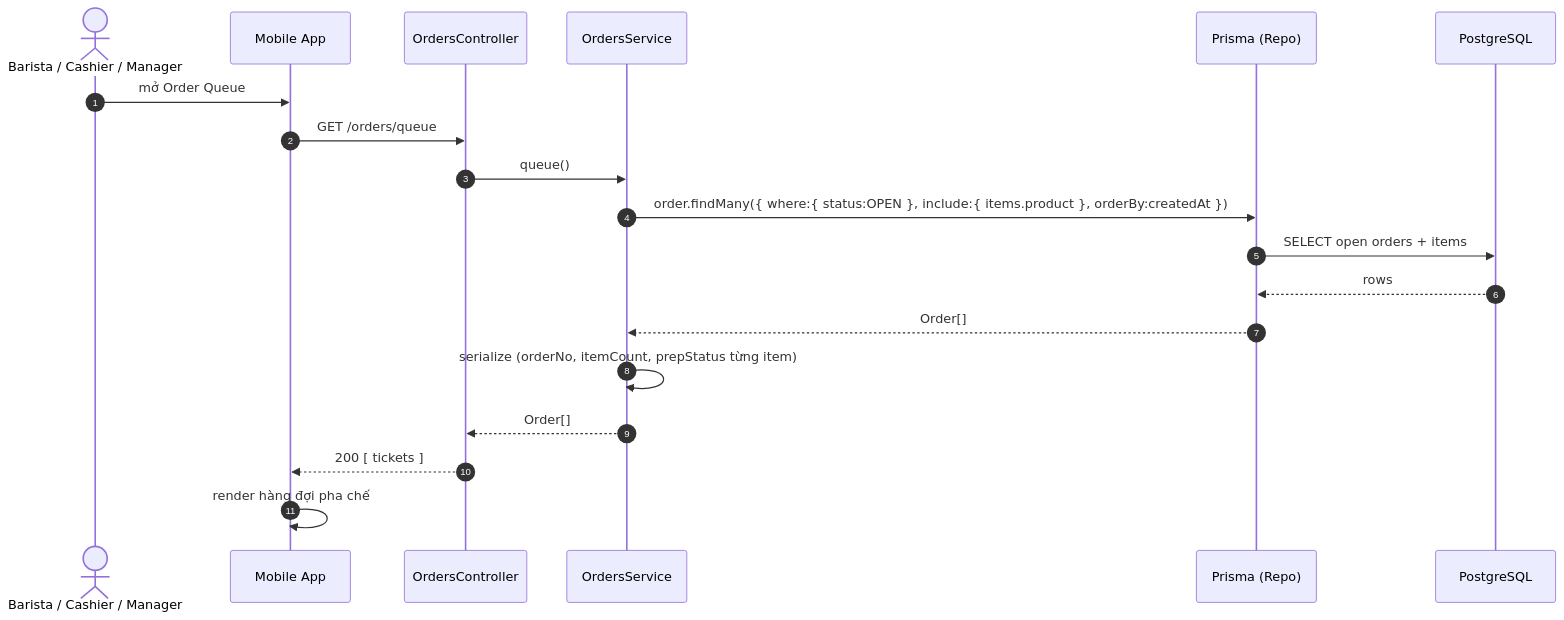
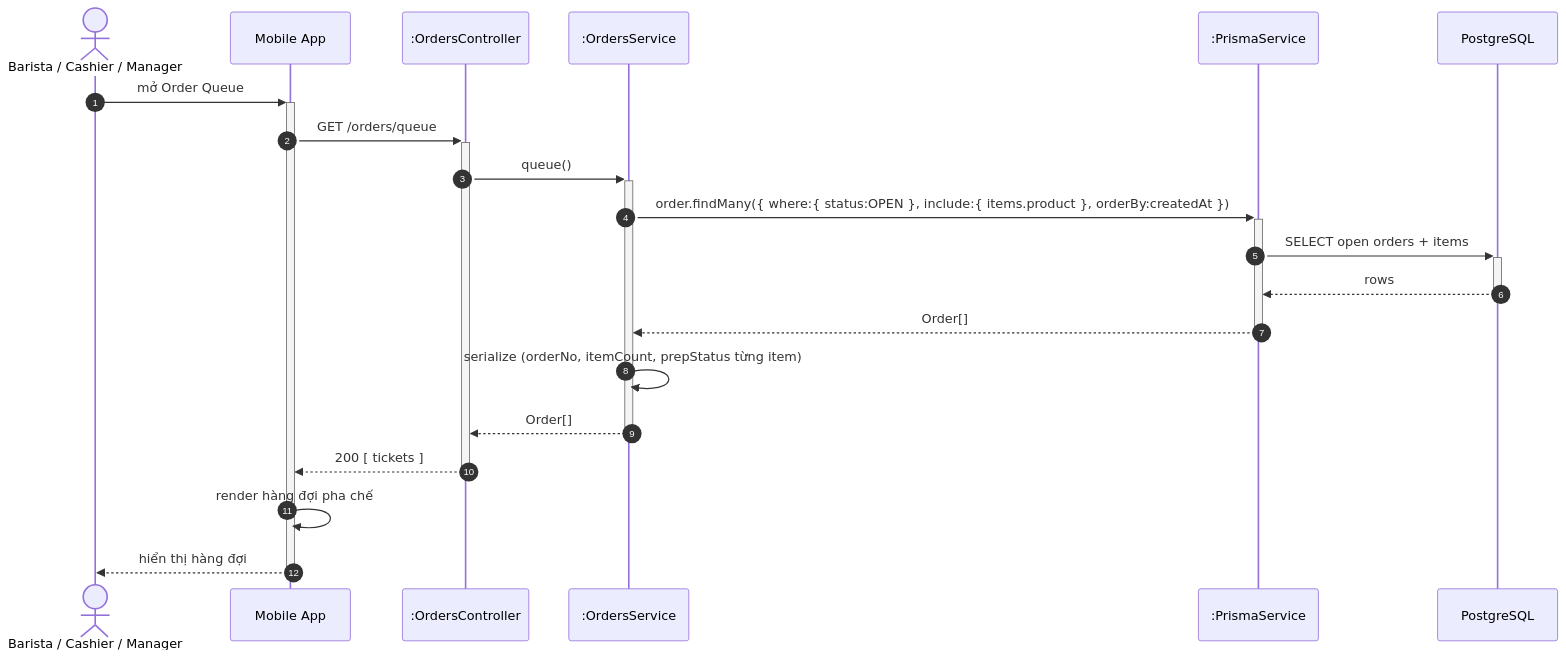
Before and after one commit to callmehai/Cafe-Shop-Management-System: the seventh of 16 diagrams in docs/sequence-diagrams.md, drawn with Mermaid. The commit also changed other lines of this file and 1 other file, not shown here.

Commit message:
docs: add sequence and class diagrams for system architecture and use case implementation

````diff
--- a/docs/sequence-diagrams.md
+++ b/docs/sequence-diagrams.md
@@ -362,22 +371,23 @@
 ```mermaid
 sequenceDiagram
     autonumber
     actor B as Barista / Cashier / Manager
     participant App as Mobile App
-    participant API as OrdersController
-    participant SVC as OrdersService
-    participant ORM as Prisma (Repo)
+    participant API as :OrdersController
+    participant SVC as :OrdersService
+    participant ORM as :PrismaService
     participant DB as PostgreSQL
 
-    B->>App: mở Order Queue
-    App->>API: GET /orders/queue
-    API->>SVC: queue()
-    SVC->>ORM: order.findMany({ where:{ status:OPEN }, include:{ items.product }, orderBy:createdAt })
-    ORM->>DB: SELECT open orders + items
-    DB-->>ORM: rows
-    ORM-->>SVC: Order[]
+    B->>+App: mở Order Queue
+    App->>+API: GET /orders/queue
+    API->>+SVC: queue()
+    SVC->>+ORM: order.findMany({ where:{ status:OPEN }, include:{ items.product }, orderBy:createdAt })
+    ORM->>+DB: SELECT open orders + items
+    DB-->>-ORM: rows
+    ORM-->>-SVC: Order[]
     SVC->>SVC: serialize (orderNo, itemCount, prepStatus từng item)
-    SVC-->>API: Order[]
-    API-->>App: 200 [ tickets ]
+    SVC-->>-API: Order[]
+    API-->>-App: 200 [ tickets ]
     App->>App: render hàng đợi pha chế
+    App-->>-B: hiển thị hàng đợi
 ```
````
